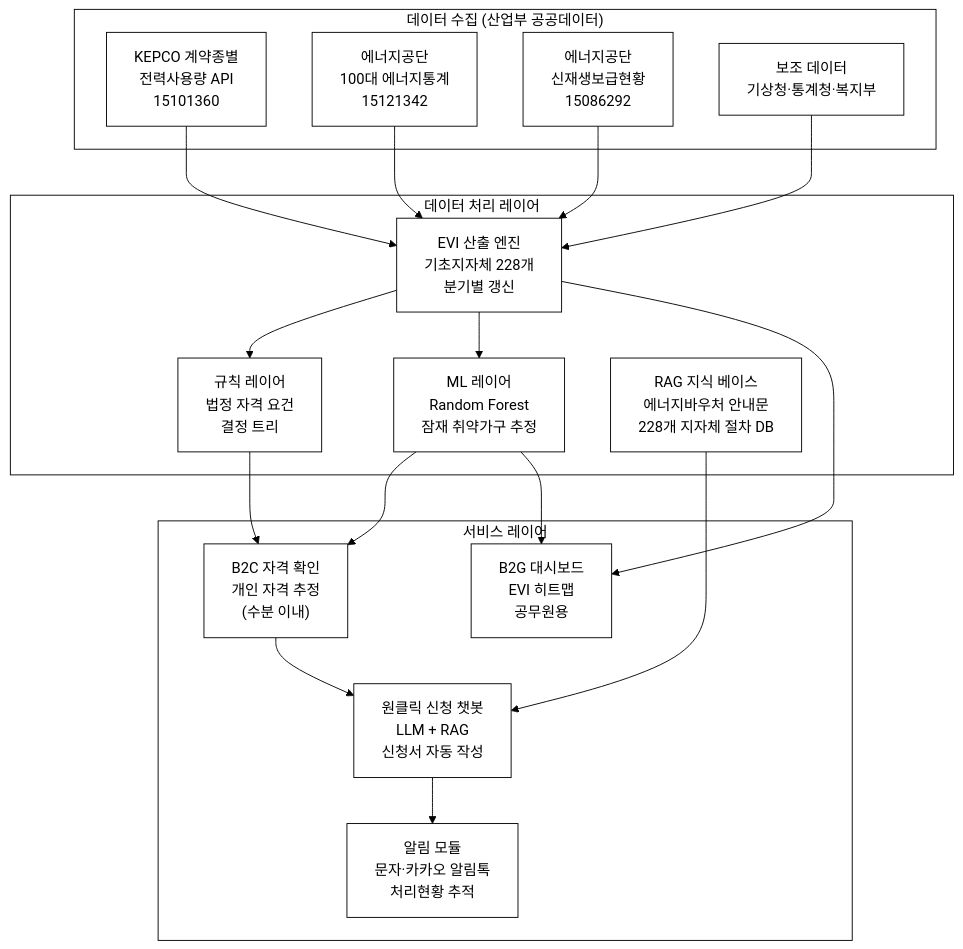
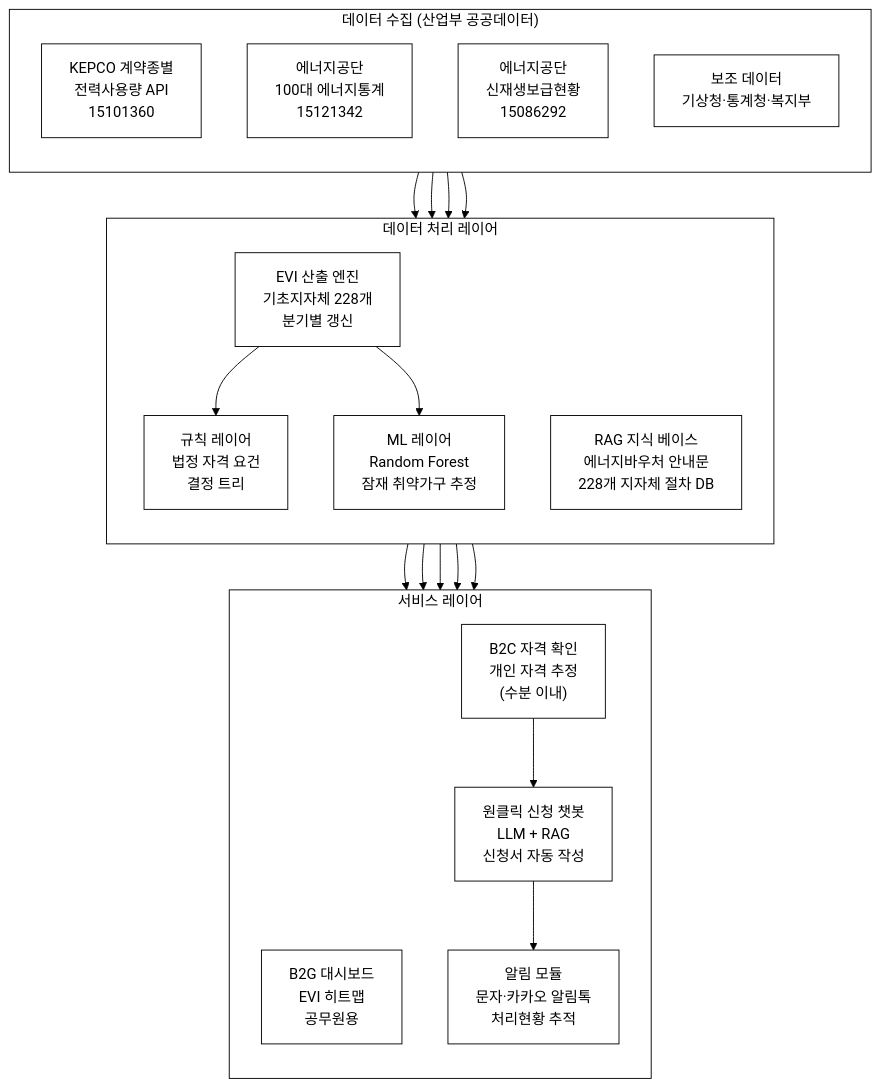
The second of 5 diagrams in 02-에너지바우처-자동신청/biz/1_제안서.md (iamywl/pulicdata-congress), drawn with Mermaid before and after one commit. The commit also changed other lines of this file and 44 other files, not shown here.

````diff
--- a/02-에너지바우처-자동신청/biz/1_제안서.md
+++ b/02-에너지바우처-자동신청/biz/1_제안서.md
@@ -296,35 +296,38 @@
 ```mermaid
 %%{init: {'theme':'base','themeVariables':{'background':'#ffffff','primaryColor':'#ffffff','primaryBorderColor':'#000000','primaryTextColor':'#000000','secondaryColor':'#ffffff','secondaryBorderColor':'#000000','secondaryTextColor':'#000000','tertiaryColor':'#ffffff','tertiaryBorderColor':'#000000','tertiaryTextColor':'#000000','mainBkg':'#ffffff','secondBkg':'#ffffff','lineColor':'#000000','textColor':'#000000','clusterBkg':'#ffffff','clusterBorder':'#000000','edgeLabelBackground':'#ffffff','actorBkg':'#ffffff','actorBorder':'#000000','noteBkgColor':'#ffffff','noteBorderColor':'#000000','signalColor':'#000000','signalTextColor':'#000000','fontFamily':'Georgia, serif'}}}%%
 flowchart TB
     subgraph 데이터_수집["데이터 수집 (산업부 공공데이터)"]
+        direction TB
         D1["KEPCO 계약종별<br/>전력사용량 API<br/>15101360"]
         D2["에너지공단<br/>100대 에너지통계<br/>15121342"]
         D3["에너지공단<br/>신재생보급현황<br/>15086292"]
         D4["보조 데이터<br/>기상청·통계청·복지부"]
     end
     subgraph 데이터_처리["데이터 처리 레이어"]
+        direction TB
         P1["EVI 산출 엔진<br/>기초지자체 228개<br/>분기별 갱신"]
         P2["규칙 레이어<br/>법정 자격 요건<br/>결정 트리"]
         P3["ML 레이어<br/>Random Forest<br/>잠재 취약가구 추정"]
         P4["RAG 지식 베이스<br/>에너지바우처 안내문<br/>228개 지자체 절차 DB"]
     end
     subgraph 서비스_레이어["서비스 레이어"]
+        direction TB
         S1["B2G 대시보드<br/>EVI 히트맵<br/>공무원용"]
         S2["B2C 자격 확인<br/>개인 자격 추정<br/>(수분 이내)"]
         S3["원클릭 신청 챗봇<br/>LLM + RAG<br/>신청서 자동 작성"]
         S4["알림 모듈<br/>문자·카카오 알림톡<br/>처리현황 추적"]
     end
     D1 --> P1
     D2 --> P1
     D3 --> P1
     D4 --> P1
     P1 --> P2
     P1 --> P3
     P2 --> S2
     P3 --> S2
     P4 --> S3
     S2 --> S3
     S3 --> S4
     P1 --> S1
     P3 --> S1
 ```
````
